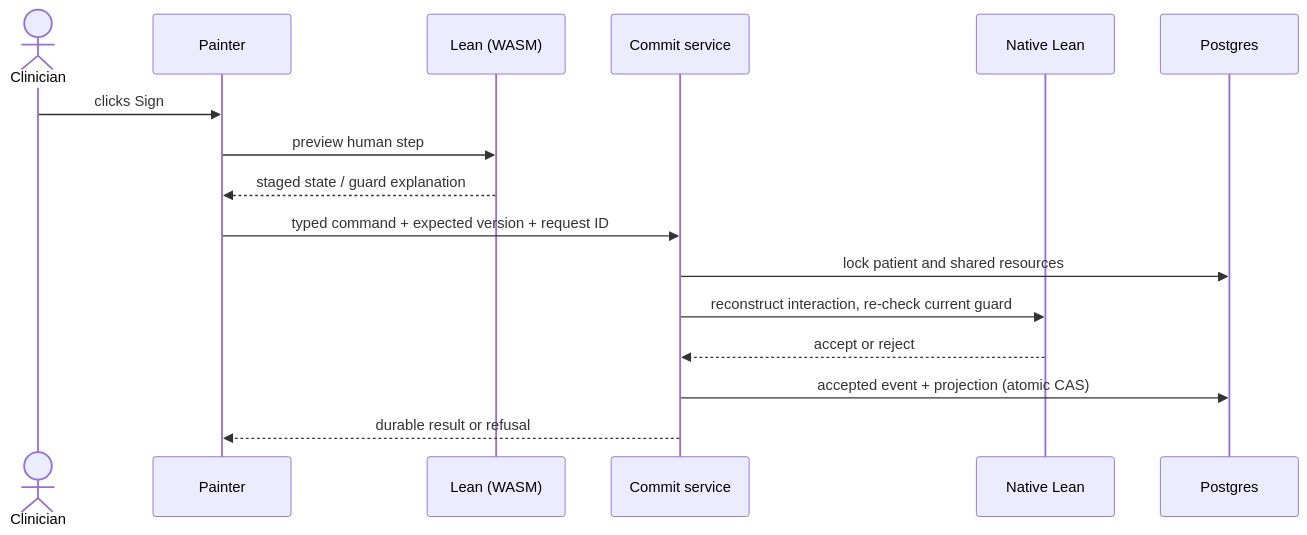
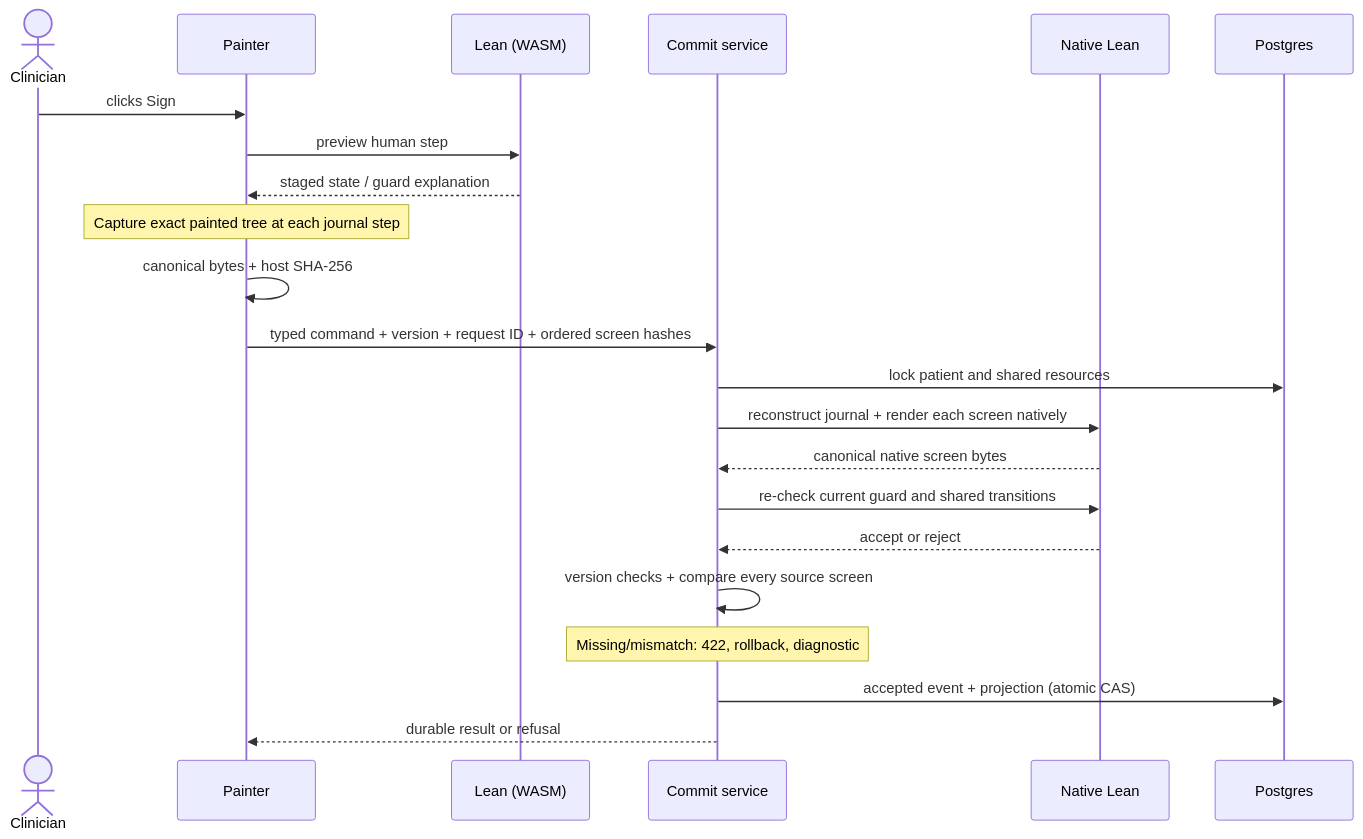
One commit to saithat/VGI-Health changed the third of 3 diagrams in README.md. Above: the diagram before and after it, drawn with Mermaid. The commit also changed other lines of this file and 24 other files, not shown here.

First line of the commit message:
Bind clinical commands to natively verified painted screens

````diff
--- a/README.md
+++ b/README.md
@@ -160,18 +182,24 @@
 ```mermaid
 sequenceDiagram
   actor C as Clinician
   participant P as Painter
   participant L as Lean (WASM)
   participant S as Commit service
   participant N as Native Lean
   participant DB as Postgres
   C->>P: clicks Sign
   P->>L: preview human step
   L-->>P: staged state / guard explanation
-  P->>S: typed command + expected version + request ID
+  Note over P: Capture exact painted tree at each journal step
+  P->>P: canonical bytes + host SHA-256
+  P->>S: typed command + version + request ID + ordered screen hashes
   S->>DB: lock patient and shared resources
-  S->>N: reconstruct interaction, re-check current guard
+  S->>N: reconstruct journal + render each screen natively
+  N-->>S: canonical native screen bytes
+  S->>N: re-check current guard and shared transitions
   N-->>S: accept or reject
+  S->>S: version checks + compare every source screen
+  Note over S: Missing/mismatch: 422, rollback, diagnostic
   S->>DB: accepted event + projection (atomic CAS)
   S-->>P: durable result or refusal
 ```
````
